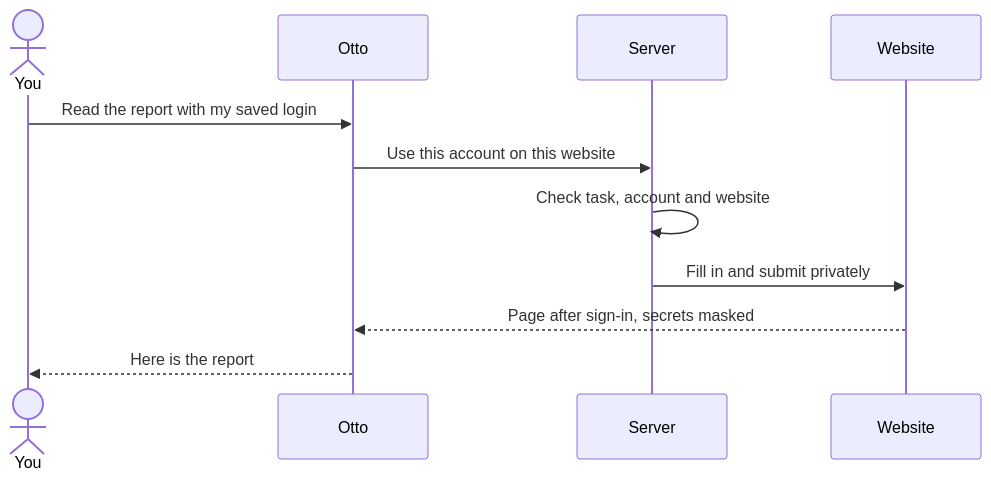
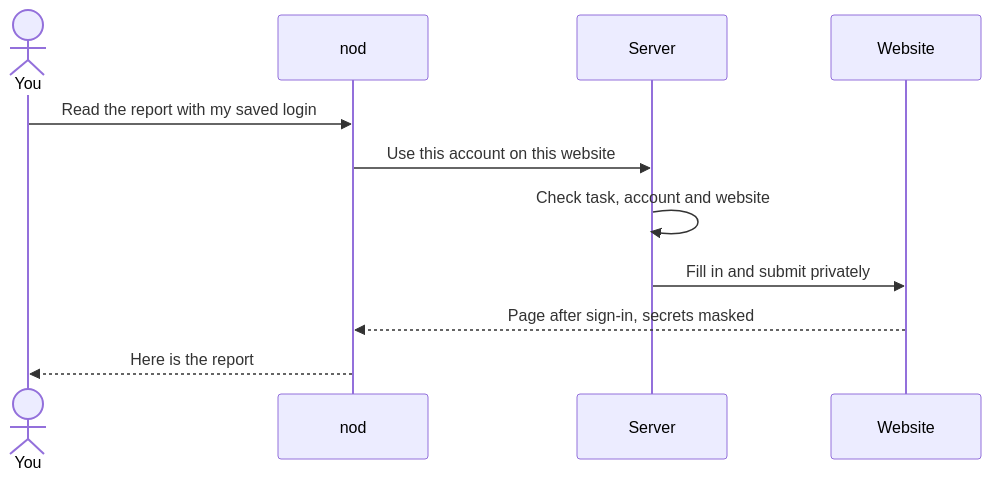
The second of 3 diagrams in docs/src/content/docs/contribute/write-docs.mdx (KrishBhimani/nod), drawn with Mermaid before and after one commit. The commit also changed other lines of this file and 380 other files, not shown here.

Commit message:
feat!: rename Otto to nod (#398)

````diff
--- a/docs/src/content/docs/contribute/write-docs.mdx
+++ b/docs/src/content/docs/contribute/write-docs.mdx
@@ -316,13 +316,13 @@
 ```mermaid
 sequenceDiagram
   actor You
-  participant Otto
+  participant nod
   participant Server
   participant Site as Website
-  You->>Otto: Read the report with my saved login
-  Otto->>Server: Use this account on this website
+  You->>nod: Read the report with my saved login
+  nod->>Server: Use this account on this website
   Server->>Server: Check task, account and website
   Server->>Site: Fill in and submit privately
-  Site-->>Otto: Page after sign-in, secrets masked
-  Otto-->>You: Here is the report
+  Site-->>nod: Page after sign-in, secrets masked
+  nod-->>You: Here is the report
 ```
````
